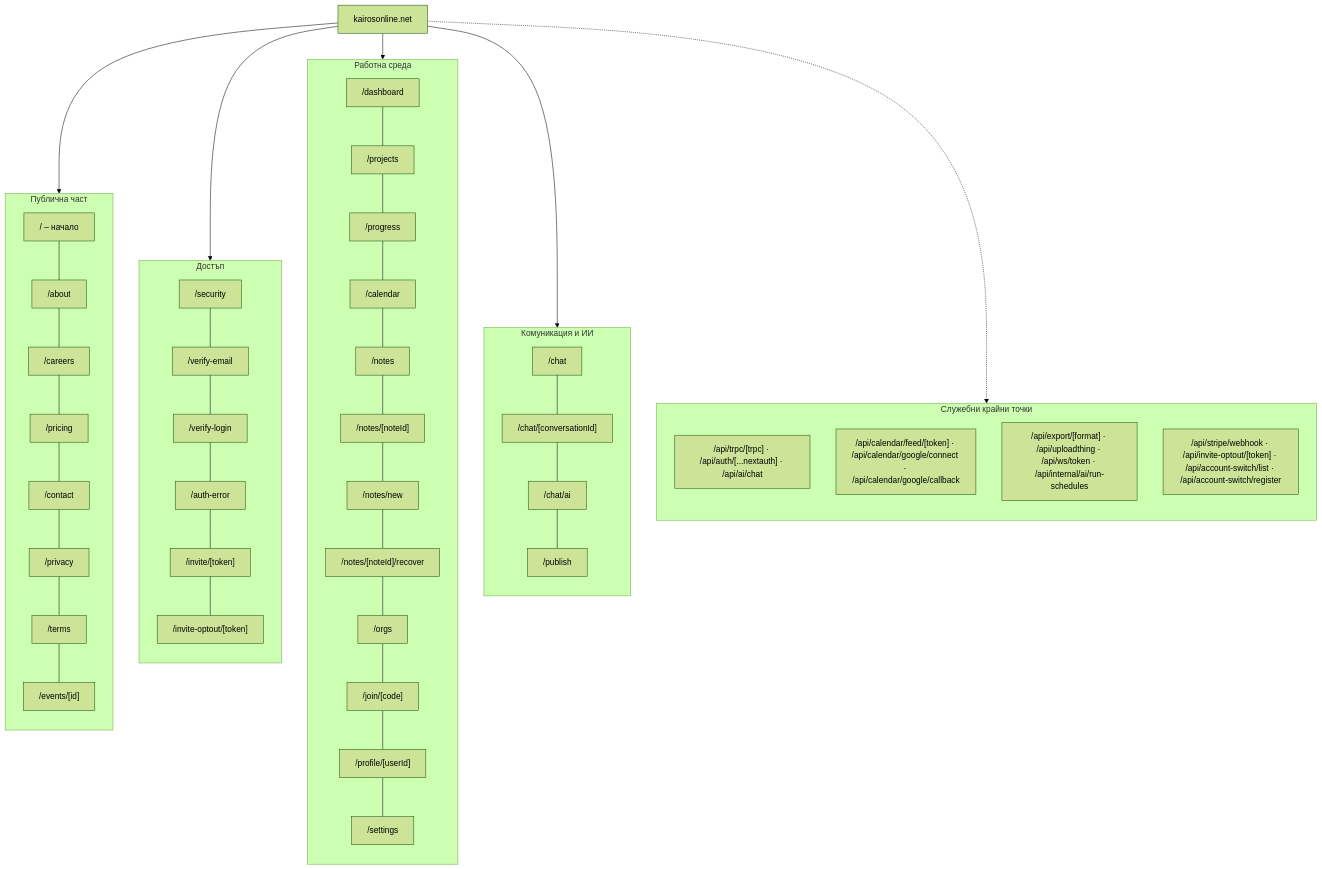
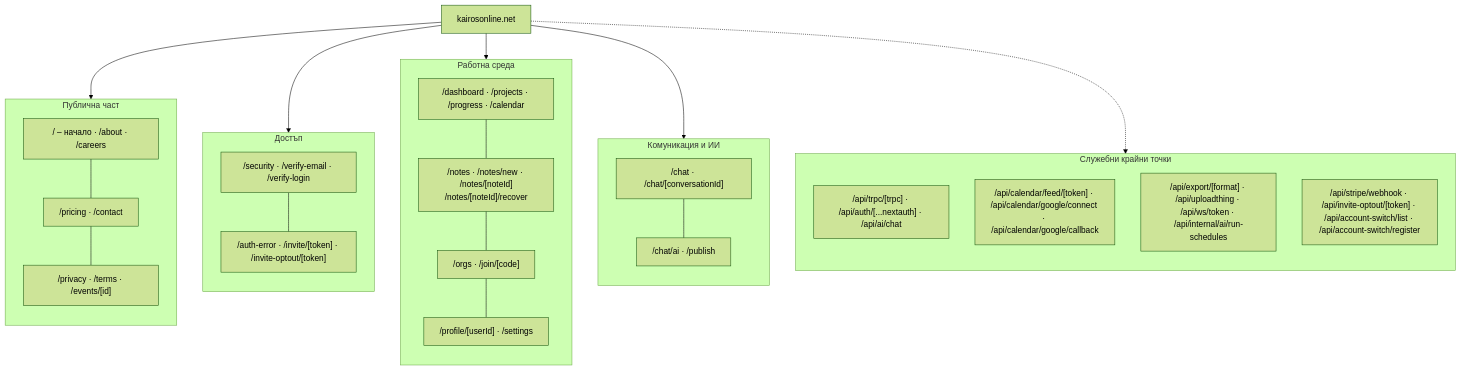
One commit to tuncheva/KAIROS changed the third of 19 diagrams in docs/diploma/diagrams/GALLERY.md. Above: the diagram before and after it, drawn with Mermaid (forest theme). The commit also changed other lines of this file and 68 other files, not shown here.

First line of the commit message:
fix(thesis): replace Word-drawn figures; apply approved diagram changes

````diff
--- a/docs/diploma/diagrams/GALLERY.md
+++ b/docs/diploma/diagrams/GALLERY.md
@@ -79,33 +81,33 @@
 ```mermaid
 %% Фигура 3 – Site Map (пътищата се сверяват с src/app)
 flowchart TB
   root["kairosonline.net"]
   subgraph PUB["Публична част"]
     direction TB
-    p1["/ – начало"] --- p2["/about"] --- p3["/careers"] --- p4["/pricing"] --- p5["/contact"] --- p6["/privacy"] --- p7["/terms"] --- p8["/events/[id]"]
+    p1["/ – начало · /about · /careers"] --- p2["/pricing · /contact"] --- p3["/privacy · /terms · /events/[id]"]
   end
   subgraph ACC["Достъп"]
     direction TB
-    a1["/security"] --- a2["/verify-email"] --- a3["/verify-login"] --- a4["/auth-error"] --- a5["/invite/[token]"] --- a6["/invite-optout/[token]"]
+    a1["/security · /verify-email · /verify-login"] --- a2["/auth-error · /invite/[token] · /invite-optout/[token]"]
   end
   subgraph WRK["Работна среда"]
     direction TB
-    w1["/dashboard"] --- w2["/projects"] --- w3["/progress"] --- w4["/calendar"] --- w5["/notes"] --- w6["/notes/[noteId]"] --- w7["/notes/new"] --- w8["/notes/[noteId]/recover"] --- w9["/orgs"] --- w10["/join/[code]"] --- w11["/profile/[userId]"] --- w12["/settings"]
+    w1["/dashboard · /projects · /progress · /calendar"] --- w2["/notes · /notes/new · /notes/[noteId]<br>/notes/[noteId]/recover"] --- w3["/orgs · /join/[code]"] --- w4["/profile/[userId] · /settings"]
   end
   subgraph COM["Комуникация и ИИ"]
     direction TB
-    c1["/chat"] --- c2["/chat/[conversationId]"] --- c3["/chat/ai"] --- c4["/publish"]
+    c1["/chat · /chat/[conversationId]"] --- c2["/chat/ai · /publish"]
   end
   subgraph API["Служебни крайни точки"]
     direction TB
     x1["/api/trpc/[trpc] · /api/auth/[...nextauth] · /api/ai/chat"]
     x2["/api/calendar/feed/[token] · /api/calendar/google/connect · /api/calendar/google/callback"]
     x3["/api/export/[format] · /api/uploadthing · /api/ws/token · /api/internal/ai/run-schedules"]
     x4["/api/stripe/webhook · /api/invite-optout/[token] · /api/account-switch/list · /api/account-switch/register"]
   end
   root --> PUB
   root --> ACC
   root --> WRK
   root --> COM
   root -.-> API
 ```
````
